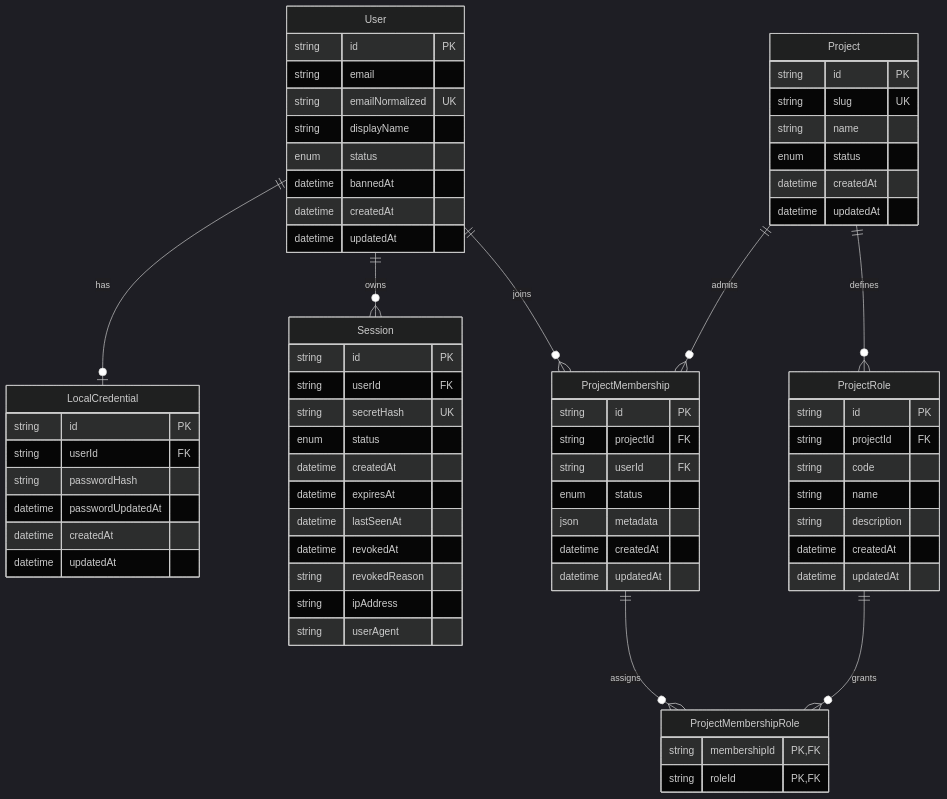
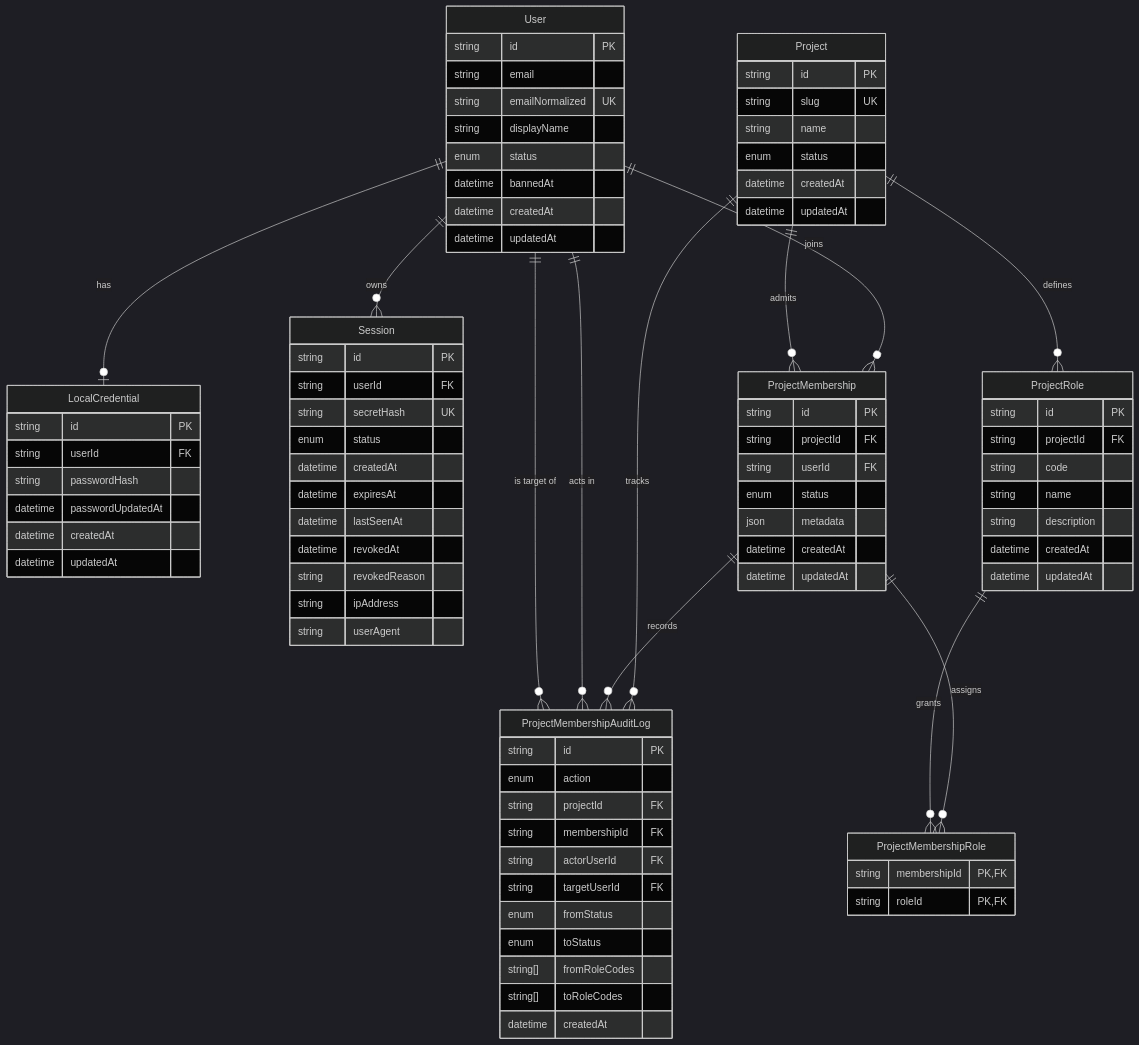
The diagram in docs/database-model.md (C3SC0-V4113/Identity-Service), drawn with Mermaid (dark theme) before and after one commit. The commit also changed other lines of this file and 7 other files, not shown here.

Commit message:
added audit logs to project

````diff
--- a/docs/database-model.md
+++ b/docs/database-model.md
@@ -70,8 +75,12 @@
     User ||--o{ ProjectMembership : "joins"
     Project ||--o{ ProjectRole : "defines"
     Project ||--o{ ProjectMembership : "admits"
+    Project ||--o{ ProjectMembershipAuditLog : "tracks"
     ProjectMembership ||--o{ ProjectMembershipRole : "assigns"
+    ProjectMembership ||--o{ ProjectMembershipAuditLog : "records"
     ProjectRole ||--o{ ProjectMembershipRole : "grants"
+    User ||--o{ ProjectMembershipAuditLog : "acts in"
+    User ||--o{ ProjectMembershipAuditLog : "is target of"
 
     User {
         string id PK
@@ -140,4 +149,18 @@
         string membershipId PK, FK
         string roleId PK, FK
     }
+
+    ProjectMembershipAuditLog {
+        string id PK
+        enum action
+        string projectId FK
+        string membershipId FK
+        string actorUserId FK
+        string targetUserId FK
+        enum fromStatus
+        enum toStatus
+        string[] fromRoleCodes
+        string[] toRoleCodes
+        datetime createdAt
+    }
 ```
````
